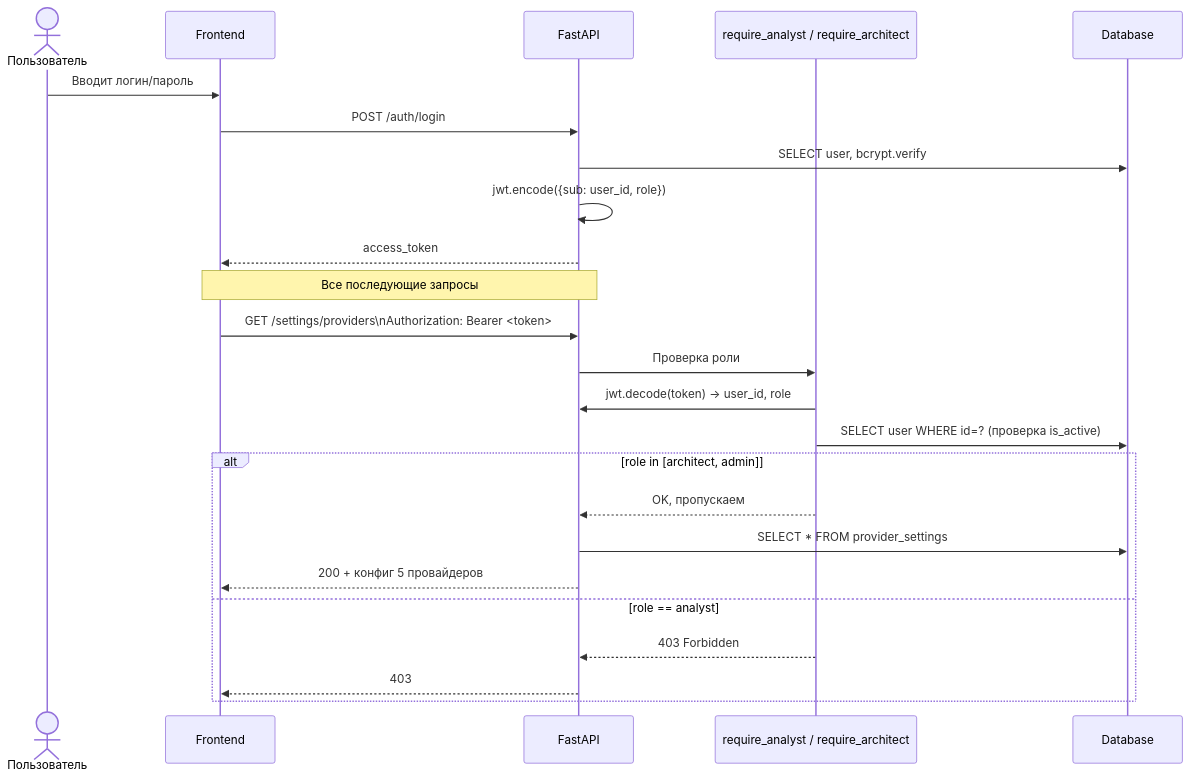
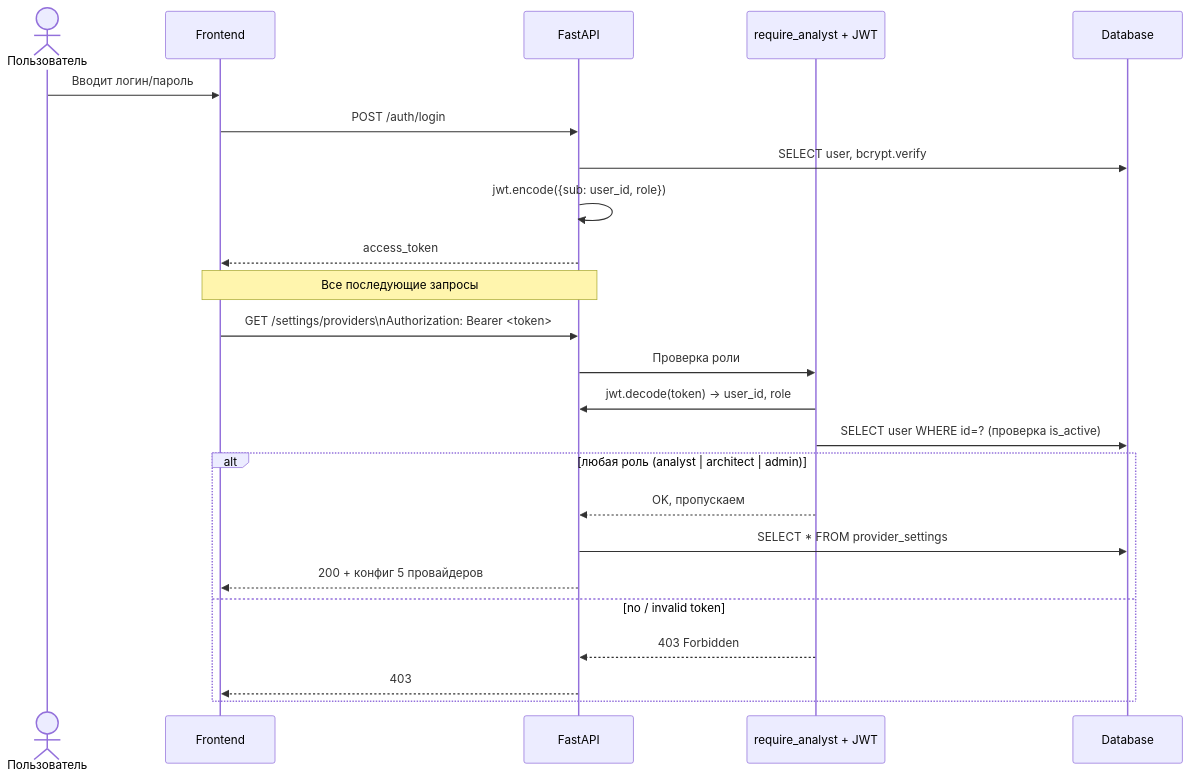
One commit to MatveiV/Analyst-Architect-AI changed the second of 2 diagrams in docs/admin-guide-ru.md. Above: the diagram before and after it, drawn with Mermaid. The commit also changed other lines of this file and 30 other files, not shown here.

````diff
--- a/docs/admin-guide-ru.md
+++ b/docs/admin-guide-ru.md
@@ -400,28 +400,28 @@
 ```mermaid
 sequenceDiagram
     actor U as Пользователь
     participant FE as Frontend
     participant API as FastAPI
-    participant Dep as require_analyst / require_architect
+    participant Dep as require_analyst + JWT
     participant DB as Database
 
     U->>FE: Вводит логин/пароль
     FE->>API: POST /auth/login
     API->>DB: SELECT user, bcrypt.verify
     API->>API: jwt.encode({sub: user_id, role})
     API-->>FE: access_token
 
     Note over FE,API: Все последующие запросы
     FE->>API: GET /settings/providers\nAuthorization: Bearer <token>
     API->>Dep: Проверка роли
     Dep->>API: jwt.decode(token) → user_id, role
     Dep->>DB: SELECT user WHERE id=? (проверка is_active)
-    alt role in [architect, admin]
+    alt любая роль (analyst | architect | admin)
         Dep-->>API: OK, пропускаем
         API->>DB: SELECT * FROM provider_settings
         API-->>FE: 200 + конфиг 5 провайдеров
-    else role == analyst
+    else no / invalid token
         Dep-->>API: 403 Forbidden
         API-->>FE: 403
     end
 ```
````
